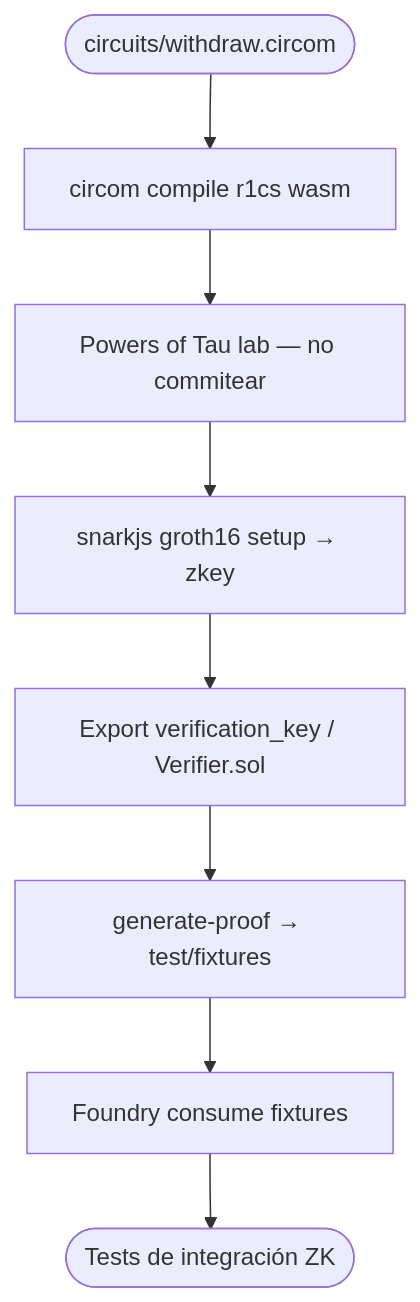
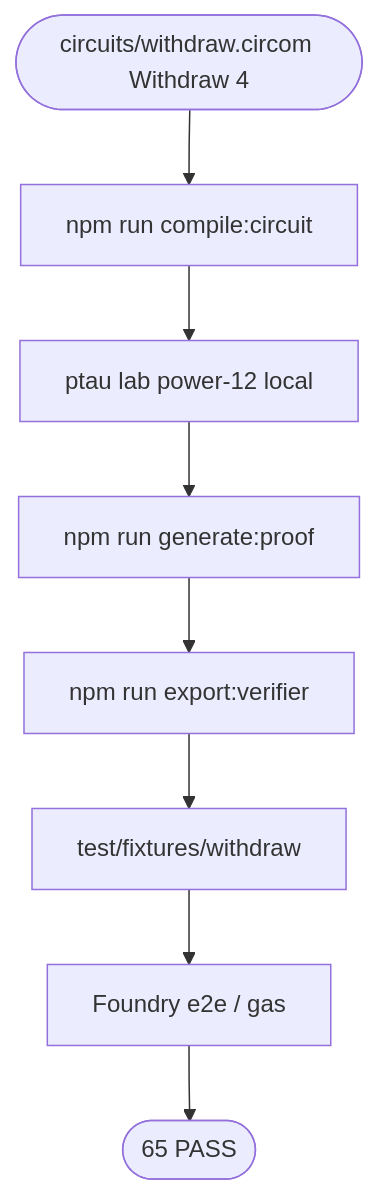
The fourth of 5 diagrams in doc/flujograma.md (rastrahm/zk-snarks-privacy), drawn with Mermaid before and after one commit. The commit also changed other lines of this file and 15 other files, not shown here.

````diff
--- a/doc/flujograma.md
+++ b/doc/flujograma.md
@@ -80,10 +80,10 @@
 ```mermaid
 flowchart TD
-    Start([circuits/withdraw.circom]) --> Comp[circom compile r1cs wasm]
-    Comp --> Ptau[Powers of Tau lab — no commitear]
-    Ptau --> Setup[snarkjs groth16 setup → zkey]
-    Setup --> VK[Export verification_key / Verifier.sol]
-    VK --> Fix[generate-proof → test/fixtures]
-    Fix --> Forge[Foundry consume fixtures]
-    Forge --> End([Tests de integración ZK])
+    Start([circuits/withdraw.circom Withdraw 4]) --> Comp[npm run compile:circuit]
+    Comp --> Ptau[ptau lab power-12 local]
+    Ptau --> Setup[npm run generate:proof]
+    Setup --> VK[npm run export:verifier]
+    VK --> Fix[test/fixtures/withdraw]
+    Fix --> Forge[Foundry e2e / gas]
+    Forge --> End([65 PASS])
 ```
````
